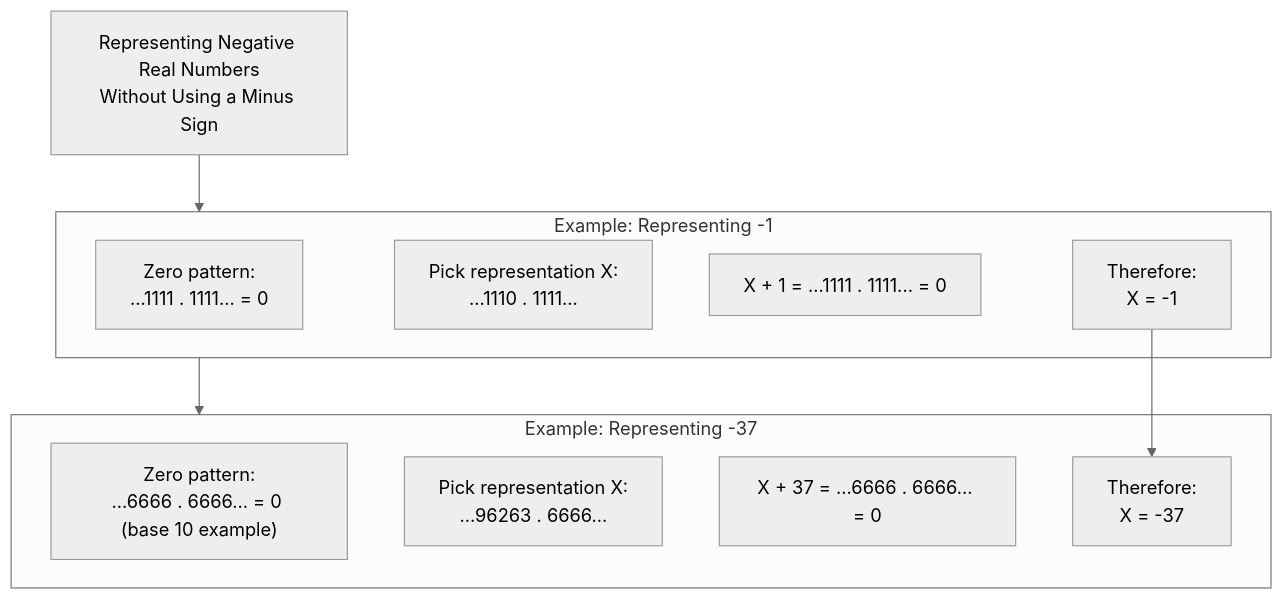
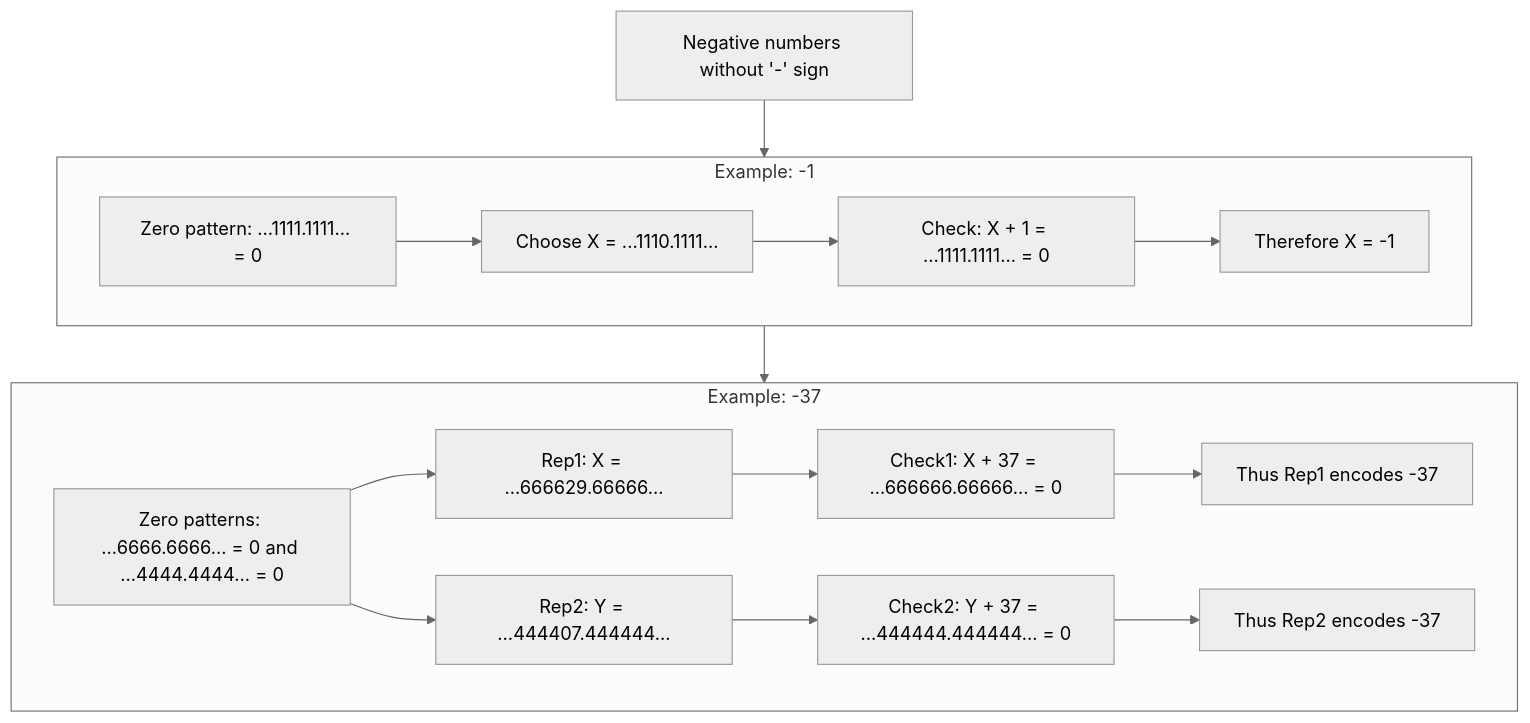
Before and after one commit to ashishrajput123/can-infinity-collapse-to-zero: the diagram in figures/negative-without-minus-sign.mmd, drawn with Mermaid (neutral theme).

Commit message:
Revise representation of negative numbers in flowchart

```diff
--- a/figures/negative-without-minus-sign.mmd
+++ b/figures/negative-without-minus-sign.mmd
@@ -1,23 +1,28 @@
 
 flowchart TB
+  TITLE["Negative numbers without '-' sign"]
 
-    TITLE["Representing Negative Real Numbers<br>Without Using a Minus Sign"]
+  subgraph EX1["Example: -1"]
+    Z0["Zero pattern: ...1111.1111... = 0"]
+    X1["Choose X = ...1110.1111..."]
+    C1["Check: X + 1 = ...1111.1111... = 0"]
+    R1["Therefore X = -1"]
+    Z0 --> X1 --> C1 --> R1
+  end
 
-    %% Example -1
-    subgraph EX1["Example: Representing -1"]
-        Z0["Zero pattern:<br>...1111 . 1111... = 0"]
-        X1["Pick representation X:<br>...1110 . 1111..."]
-        ADD1["X + 1 = ...1111 . 1111... = 0"]
-        RES1["Therefore:<br>X = -1"]
-    end
+  subgraph EX2["Example: -37"]
+    Z1["Zero patterns: ...6666.6666... = 0 and ...4444.4444... = 0"]
 
-    %% Example -37
-    subgraph EX2["Example: Representing -37"]
-        Z1["Zero pattern:<br>...6666 . 6666... = 0 (base 10 example)"]
-        X2["Pick representation X:<br>...96263 . 6666..."]
-        ADD2["X + 37 = ...6666 . 6666... = 0"]
-        RES2["Therefore:<br>X = -37"]
-    end
+    A1["Rep1: X = ...666629.66666..."]
+    A2["Check1: X + 37 = ...666666.66666... = 0"]
+    A3["Thus Rep1 encodes -37"]
 
-    TITLE --> EX1 --> EX2
-    RES1 --> RES2
+    B1["Rep2: Y = ...444407.444444..."]
+    B2["Check2: Y + 37 = ...444444.444444... = 0"]
+    B3["Thus Rep2 encodes -37"]
+
+    Z1 --> A1 --> A2 --> A3
+    Z1 --> B1 --> B2 --> B3
+  end
+
+  TITLE --> EX1 --> EX2
```
